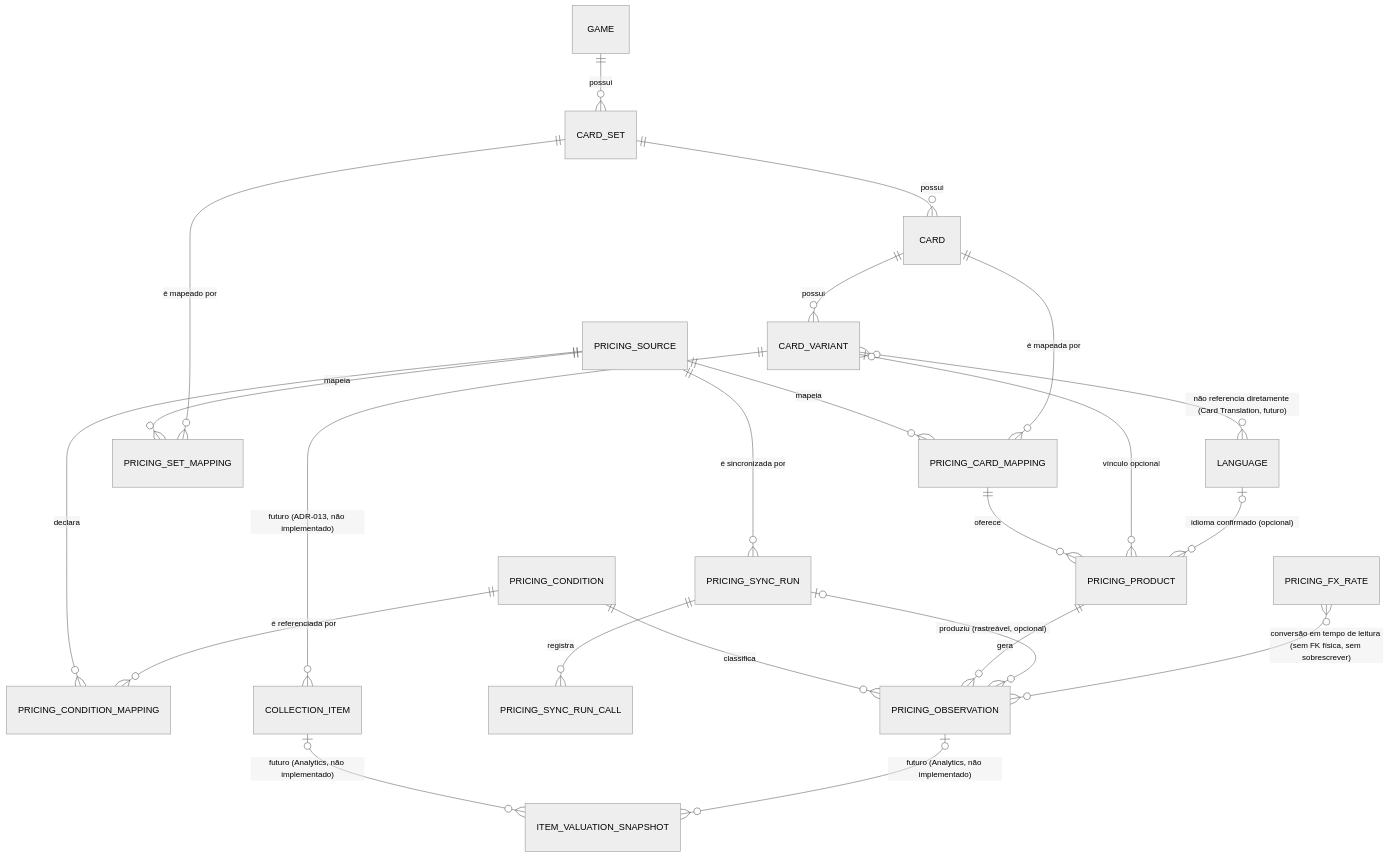
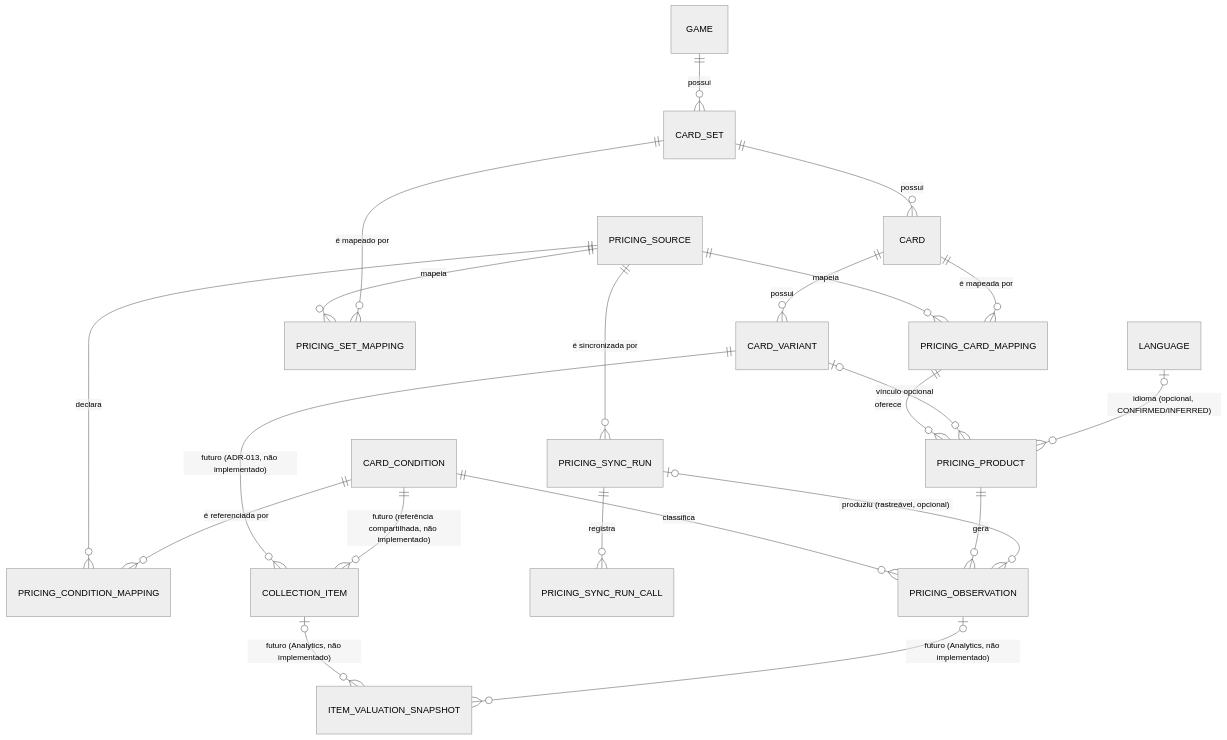
The diagram in docs/05f-pricing.md (fabriciosouzasales/project-mimikyu), drawn with Mermaid (neutral theme) before and after one commit. The commit also changed other lines of this file and 1 other file, not shown here.

````diff
--- a/docs/05f-pricing.md
+++ b/docs/05f-pricing.md
@@ -60,32 +62,30 @@
 ```mermaid
 erDiagram
     GAME ||--o{ CARD_SET : "possui"
     CARD_SET ||--o{ CARD : "possui"
     CARD ||--o{ CARD_VARIANT : "possui"
-    CARD_VARIANT }o--o{ LANGUAGE : "não referencia diretamente (Card Translation, futuro)"
 
     PRICING_SOURCE ||--o{ PRICING_SET_MAPPING : "mapeia"
     CARD_SET ||--o{ PRICING_SET_MAPPING : "é mapeado por"
 
     PRICING_SOURCE ||--o{ PRICING_CARD_MAPPING : "mapeia"
     CARD ||--o{ PRICING_CARD_MAPPING : "é mapeada por"
 
     PRICING_CARD_MAPPING ||--o{ PRICING_PRODUCT : "oferece"
     CARD_VARIANT |o--o{ PRICING_PRODUCT : "vínculo opcional"
-    LANGUAGE |o--o{ PRICING_PRODUCT : "idioma confirmado (opcional)"
+    LANGUAGE |o--o{ PRICING_PRODUCT : "idioma (opcional, CONFIRMED/INFERRED)"
 
     PRICING_SOURCE ||--o{ PRICING_CONDITION_MAPPING : "declara"
-    PRICING_CONDITION ||--o{ PRICING_CONDITION_MAPPING : "é referenciada por"
-    PRICING_CONDITION ||--o{ PRICING_OBSERVATION : "classifica"
+    CARD_CONDITION ||--o{ PRICING_CONDITION_MAPPING : "é referenciada por"
+    CARD_CONDITION ||--o{ PRICING_OBSERVATION : "classifica"
 
     PRICING_PRODUCT ||--o{ PRICING_OBSERVATION : "gera"
     PRICING_SYNC_RUN |o--o{ PRICING_OBSERVATION : "produziu (rastreável, opcional)"
     PRICING_SOURCE ||--o{ PRICING_SYNC_RUN : "é sincronizada por"
     PRICING_SYNC_RUN ||--o{ PRICING_SYNC_RUN_CALL : "registra"
 
-    PRICING_FX_RATE }o--o{ PRICING_OBSERVATION : "conversão em tempo de leitura (sem FK física, sem sobrescrever)"
-
     CARD_VARIANT ||--o{ COLLECTION_ITEM : "futuro (ADR-013, não implementado)"
+    CARD_CONDITION ||--o{ COLLECTION_ITEM : "futuro (referência compartilhada, não implementado)"
     COLLECTION_ITEM |o--o{ ITEM_VALUATION_SNAPSHOT : "futuro (Analytics, não implementado)"
     PRICING_OBSERVATION |o--o{ ITEM_VALUATION_SNAPSHOT : "futuro (Analytics, não implementado)"
 ```
````
